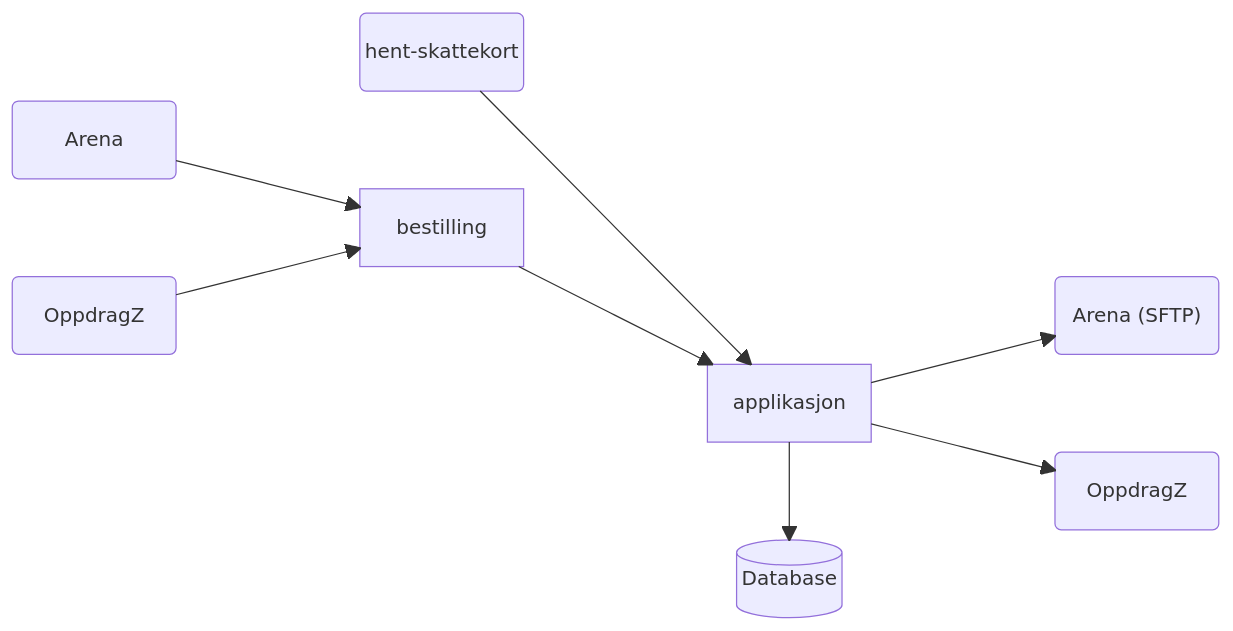
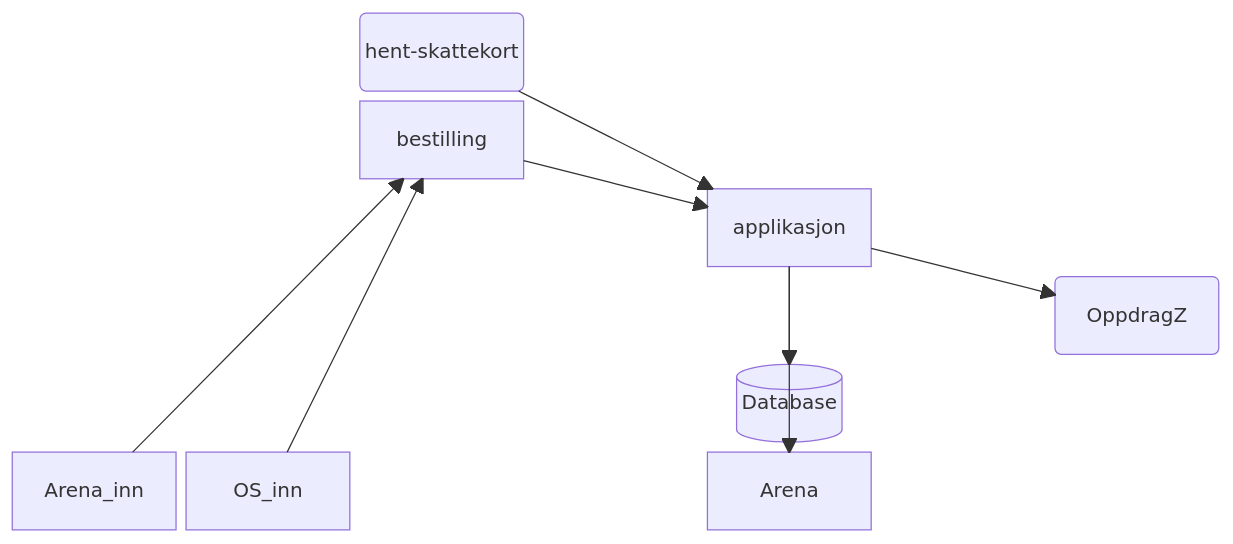
The second of 12 diagrams in README.md (navikt/sokos-skattekort), drawn with Mermaid before and after one commit. The commit also changed other lines of this file and 16 other files, not shown here.

````diff
--- a/README.md
+++ b/README.md
@@ -83,19 +82,17 @@
 ```mermaid
 block-beta
     columns 7
     space space hent("hent-skattekort") space space space space
-    Arena_inn("Arena") space space space space space space
     space space bestilling space space space space
-    OS_inn("OppdragZ") space space space space space Arena("Arena (SFTP)")
     space space space space applikasjon space space
     space space space space space space OS("OppdragZ")
     space space space space db[("Database")] space space
     Arena_inn --> bestilling
     OS_inn --> bestilling
     space bestilling --> applikasjon
     space applikasjon --> Arena
     space applikasjon --> OS
     space applikasjon --> db
     hent --> applikasjon
 
 ```
````
